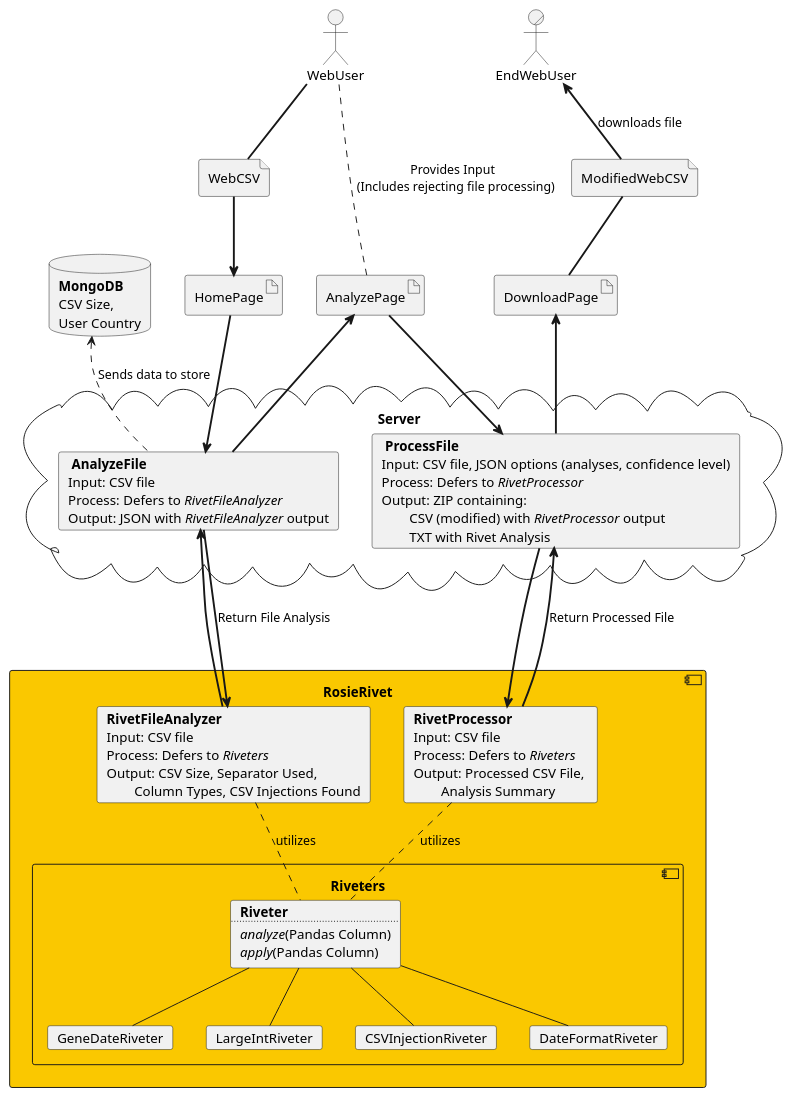
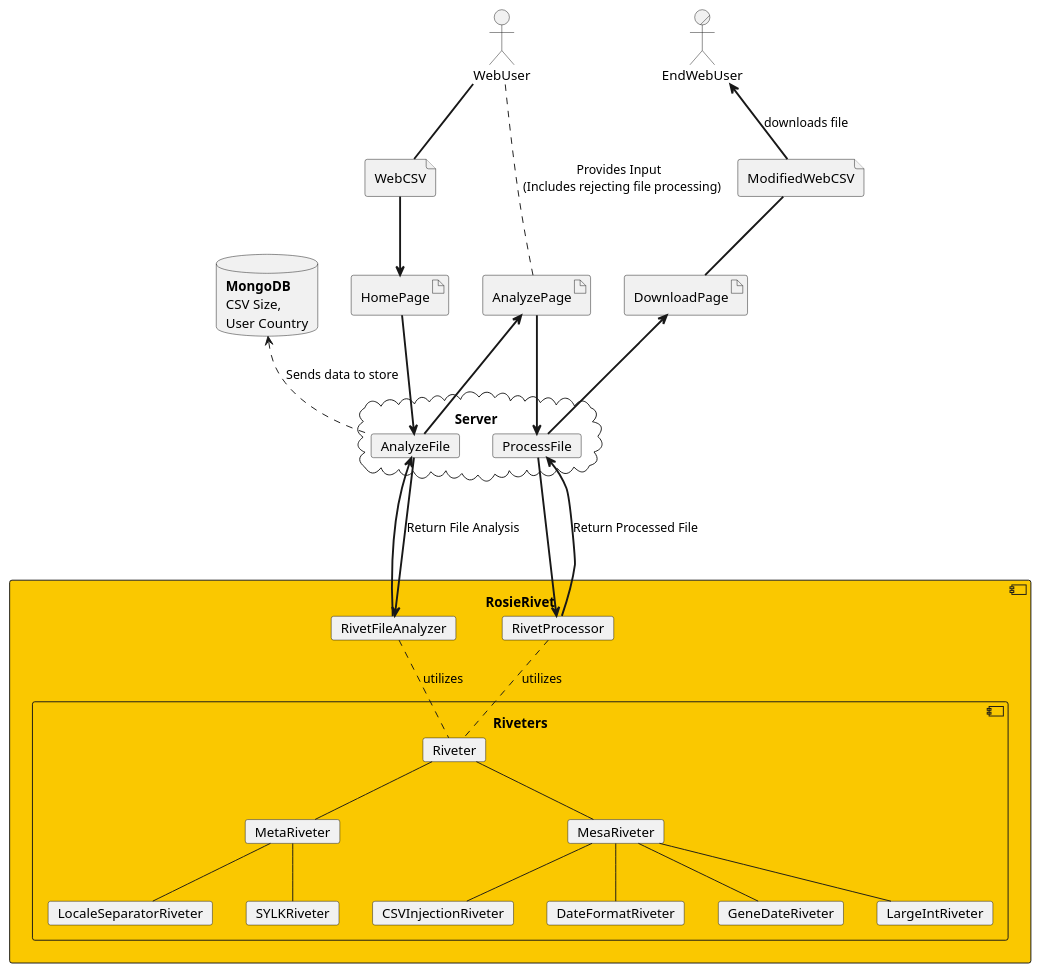
Before and after one commit to mwklose/RosieRivet: the diagram in design/SystemDesign_Web.plantuml, drawn with PlantUML. The commit also changed 21 other files, not shown here.

```diff
--- a/design/SystemDesign_Web.plantuml
+++ b/design/SystemDesign_Web.plantuml
@@ -1,98 +1,80 @@
 @startuml Web Interface Design
 actor WebUser
 actor/ EndWebUser
 ' Excel files and artifacts
     file WebCSV
     file ModifiedWebCSV
 
     artifact HomePage
     artifact AnalyzePage
     artifact DownloadPage
 
 'Three interfaces to run
 cloud Server {
-    card AnalyzeFile [
-        <b> AnalyzeFile </b>
-        Input: CSV file
-        Process: Defers to <i>RivetFileAnalyzer</i>
-        Output: JSON with <i>RivetFileAnalyzer</i> output
-    ]
-    card ProcessFile [
-        <b> ProcessFile </b>
-        Input: CSV file, JSON options (analyses, confidence level)
-        Process: Defers to <i>RivetProcessor</i>
-        Output: ZIP containing:
-                CSV (modified) with <i>RivetProcessor</i> output
-                TXT with Rivet Analysis
-    ]
+    card AnalyzeFile
+    card ProcessFile
 }
 
 database MongoDB [
         <b>MongoDB</b>
         CSV Size,
         User Country
     ]
 
 component RosieRivet #FAC800 {
-        card RivetFileAnalyzer [
-            <b>RivetFileAnalyzer</b>
-            Input: CSV file
-            Process: Defers to <i>Riveters</i>
-            Output: CSV Size, Separator Used, 
-                    Column Types, CSV Injections Found
-        ]
-        card RivetProcessor [
-            <b>RivetProcessor</b>
-            Input: CSV file
-            Process: Defers to <i>Riveters</i>
-            Output: Processed CSV File, 
-                    Analysis Summary
-        ]
+        card RivetFileAnalyzer
+        card RivetProcessor 
         'within riveters, have Apply AND Analyze functions
         component Riveters {
-            card Riveter [
-                <b>Riveter</b>
-                ..
-                <i>analyze</i>(Pandas Column)
-                <i>apply</i>(Pandas Column)
-            ]
+            card Riveter
+
+            card MetaRiveter
+            card MesaRiveter 
+
+            Riveter -- MetaRiveter 
+            Riveter -- MesaRiveter
+
             card GeneDateRiveter
             card LargeIntRiveter
             card CSVInjectionRiveter
             card DateFormatRiveter
+            card LocaleSeparatorRiveter
+            card SYLKRiveter
 
-            Riveter -- GeneDateRiveter
-            Riveter -- LargeIntRiveter
-            Riveter -- CSVInjectionRiveter
-            Riveter -- DateFormatRiveter
+            MesaRiveter -- GeneDateRiveter
+            MesaRiveter -- LargeIntRiveter
+            MesaRiveter -- CSVInjectionRiveter
+            MesaRiveter -- DateFormatRiveter
+            MetaRiveter -- LocaleSeparatorRiveter
+            MetaRiveter -- SYLKRiveter
         }
         RivetFileAnalyzer .. Riveter : utilizes
         RivetProcessor .. Riveter : utilizes
         
     }
 
     WebUser -[hidden] EndWebUser
     ' WEB INTERFACE FLOW
     MongoDB <. AnalyzeFile : Sends data to store
 
     WebUser == WebCSV
     WebUser .. AnalyzePage : Provides Input \n (Includes rejecting file processing)
     WebCSV ==> HomePage
     HomePage ==> AnalyzeFile
     AnalyzeFile ===> RivetFileAnalyzer : Return File Analysis
     RivetFileAnalyzer ===> AnalyzeFile 
     AnalyzeFile ==> AnalyzePage
 
     AnalyzePage ==> ProcessFile
     ProcessFile ===> RivetProcessor
     RivetProcessor ===> ProcessFile : Return Processed File
     DownloadPage <= ProcessFile
     ModifiedWebCSV == DownloadPage
     EndWebUser <== ModifiedWebCSV : downloads file
 
     'FORMATTING FOR WEBUSER TO BE HAPPY
     MongoDB -[hidden] HomePage
     HomePage -[hidden] AnalyzePage
     AnalyzePage -[hidden] DownloadPage
 
 @enduml
```
